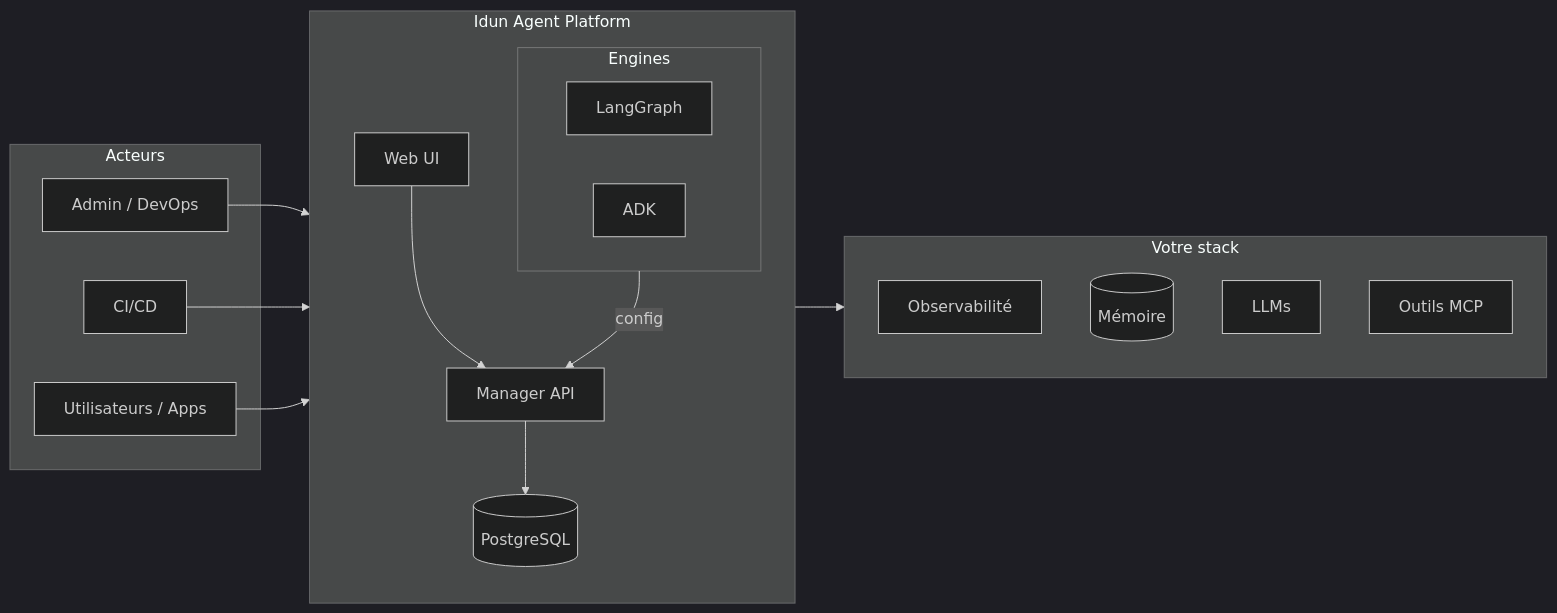
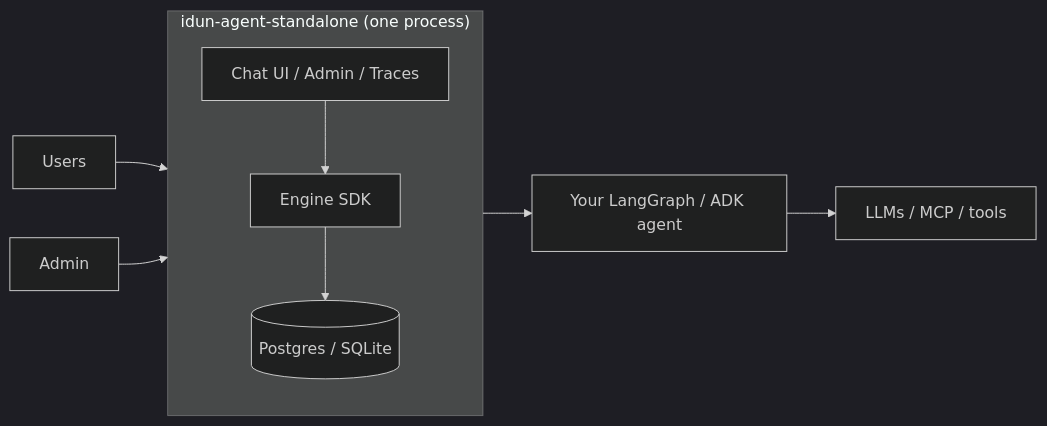
One commit to Idun-Group/idun-agent-platform changed the diagram in docs/readme/README.fr.md. Above: the diagram before and after it, drawn with Mermaid (dark theme). The commit also changed other lines of this file and 1431 other files, not shown here.

````diff
--- a/docs/readme/README.fr.md
+++ b/docs/readme/README.fr.md
@@ -158,31 +137,12 @@
 ```mermaid
 flowchart LR
-  subgraph Acteurs
-    Users["Utilisateurs / Apps"]
-    Admin["Admin / DevOps"]
-    CICD["CI/CD"]
+  subgraph Idun["idun-agent-standalone (one process)"]
+    direction TB
+    UI["Chat UI / Admin / Traces"] --> ENG["Engine SDK"]
+    ENG --> DB[(Postgres / SQLite)]
   end
-
-  subgraph Platform["Idun Agent Platform"]
-    direction TB
-    UI["Web UI"]
-    MGR["Manager API"]
-    subgraph Engines["Engines"]
-      ENG1["LangGraph"]
-      ENG2["ADK"]
-    end
-    DB[(PostgreSQL)]
-  end
-
-  subgraph Infra["Votre stack"]
-    OBS["Observabilité"]
-    MEM[(Mémoire)]
-    LLM["LLMs"]
-    TOOLS["Outils MCP"]
-  end
-
-  Admin --> UI --> MGR --> DB
-  Engines -- "config" --> MGR
-  CICD --> Engines
-  Users --> Engines --> Infra
+  Users --> UI
+  Admin --> UI
+  ENG --> Agent["Your LangGraph / ADK agent"]
+  Agent --> LLM["LLMs / MCP / tools"]
 ```
````
